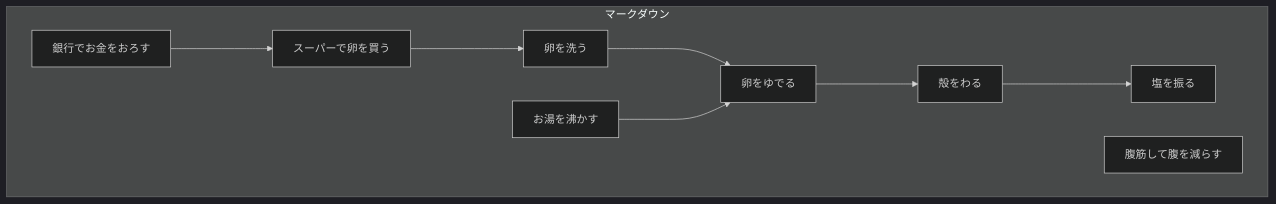
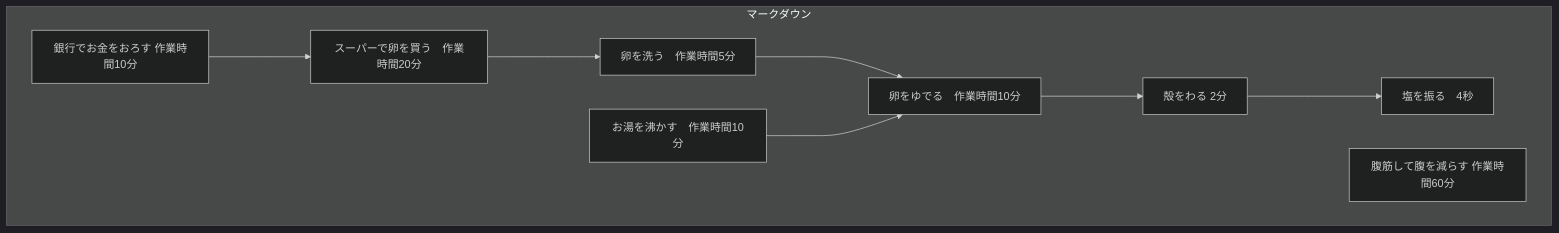
Before and after one commit to kikuchitokumasa/mypage: the diagram in docs/activeiti.md, drawn with Mermaid (dark theme).

Commit message:
演習１の修正

````diff
--- a/docs/activeiti.md
+++ b/docs/activeiti.md
@@ -1,38 +1,38 @@
 ```mermaid
 
 flowchart TB
 
 subgraph "マークダウン"
 
-    bank["銀行でお金をおろす"]
+    bank["銀行でお金をおろす 作業時間10分"]
 
-    super["スーパーで卵を買う"]
+    super["スーパーで卵を買う　作業時間20分"]
 
 
-    wash_egg["卵を洗う"];
+    wash_egg["卵を洗う　作業時間5分"];
 
-    boil_hotwater["お湯を沸かす"]
+    boil_hotwater["お湯を沸かす　作業時間10分"]
 
-    boil_egg["卵をゆでる"]
+    boil_egg["卵をゆでる　作業時間10分"]
 
 
-    hukkin["腹筋して腹を減らす"]
+    hukkin["腹筋して腹を減らす 作業時間60分"]
 
-    crack["殻をわる"]
+    crack["殻をわる 2分"]
 
-    salt["塩を振る"]
+    salt["塩を振る　4秒"]
 
 end
 
 bank--->super;
 super--->wash_egg
 
 wash_egg--->boil_egg
 
 boil_hotwater--->boil_egg;
 boil_egg--->crack;
 crack--->salt;
 
  
 
 ```
````
